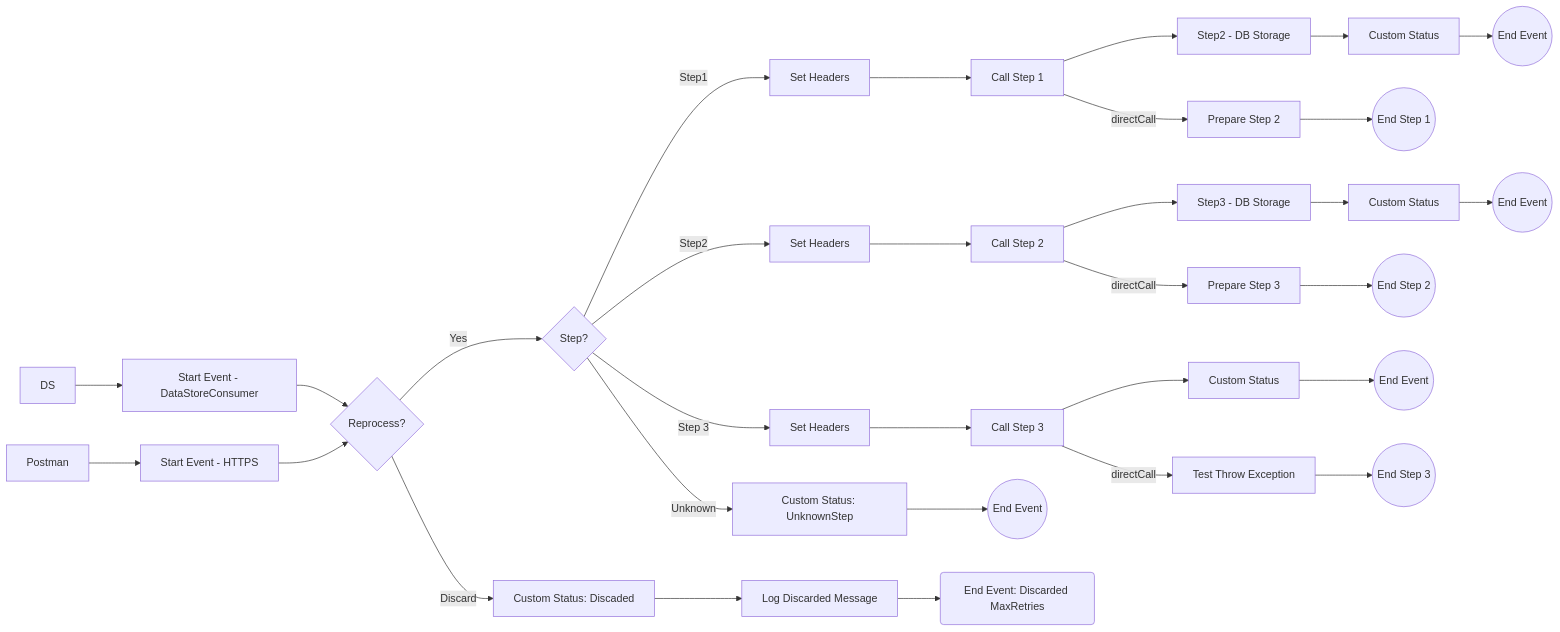
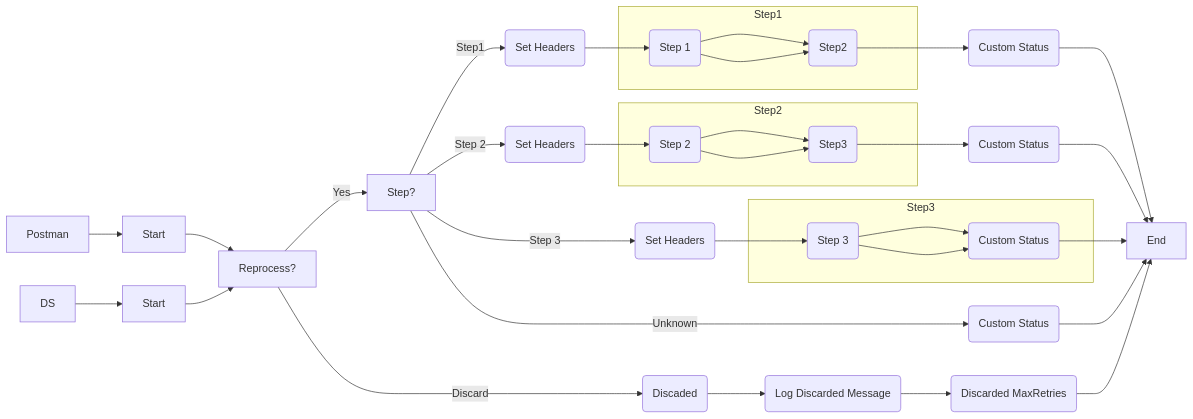
Before and after one commit to Avvale-IA-CICD/AvvaleCPI: the diagram in MMZ - Cell Iflows/SEDA_Model_-_Single_DS_-_Restart_and_Discard_MMZ-1.0.1/readme.md, drawn with Mermaid. The commit also changed other lines of this file, not shown here.

Commit message:
Add/update documentation for SEDA_Model_-_Single_DS_-_Restart_and_Discard_MMZ v1.0.1

````diff
--- a/MMZ - Cell Iflows/SEDA_Model_-_Single_DS_-_Restart_and_Discard_MMZ-1.0.1/readme.md
+++ b/MMZ - Cell Iflows/SEDA_Model_-_Single_DS_-_Restart_and_Discard_MMZ-1.0.1/readme.md
@@ -5,33 +4,37 @@
 ```mermaid
 graph LR
-    Postman-->HTTPS[Start Event - HTTPS]
-    DS-->DataStoreConsumer[Start Event - DataStoreConsumer]
-    DataStoreConsumer-->Reprocess{Reprocess?}
-    HTTPS-->Reprocess
-    Reprocess--Yes-->StepGateway{Step?}
-    Reprocess--Discard-->Discarded[Custom Status: Discaded]
-    Discarded-->LogDiscarded[Log Discarded Message]
-    LogDiscarded-->DiscardedEnd(End Event: Discarded MaxRetries)
-    StepGateway--Step1-->SetHeader1[Set Headers]
-    SetHeader1-->Step1Call[Call Step 1]
-    Step1Call-->Step2Storage[Step2 - DB Storage]
-    Step2Storage-->CustomStatus1[Custom Status]
-    CustomStatus1-->End1((End Event))
-    StepGateway--Step2-->SetHeader2[Set Headers]
-    SetHeader2-->Step2Call[Call Step 2]
-    Step2Call-->Step3Storage[Step3 - DB Storage]
-    Step3Storage-->CustomStatus2[Custom Status]
-    CustomStatus2-->End2((End Event))
-    StepGateway--Step 3-->SetHeader3[Set Headers]
-    SetHeader3-->Step3Call[Call Step 3]
-    Step3Call-->CustomStatus3[Custom Status]
-    CustomStatus3-->End3((End Event))
-    StepGateway--Unknown-->UnknownStep[Custom Status: UnknownStep]
-    UnknownStep-->EndUnknown((End Event))
-    Step1Call--directCall-->PrepareStep2[Prepare Step 2]
-    PrepareStep2-->EndStep1((End Step 1))
-    Step2Call--directCall-->PrepareStep3[Prepare Step 3]
-    PrepareStep3-->EndStep2((End Step 2))
-    Step3Call--directCall-->TestThrowException[Test Throw Exception]
-    TestThrowException-->EndStep3((End Step 3))
+    Postman --> HTTPS[Start]
+    DS --> DataStoreConsumer[Start]
+    HTTPS --> A[Reprocess?]
+    DataStoreConsumer --> A
+    A -- Yes --> B[Step?]
+    A -- Discard --> C(Discaded)
+    C --> D(Log Discarded Message)
+    D --> E(Discarded MaxRetries)
+    B -- Step1 --> F(Set Headers)
+    B -- Step 2 --> G(Set Headers)
+    B -- Step 3 --> H(Set Headers)
+    B -- Unknown --> I(Custom Status)
+    I --> End
+    F --> J(Step 1)
+    G --> K(Step 2)
+    H --> L(Step 3)
+    J --> M(Step2)
+    K --> N(Step3)
+    L --> O(Custom Status)
+    M --> P(Custom Status)
+    N --> Q(Custom Status)
+    E --> End
+    O --> End
+    P --> End
+    Q --> End
+    subgraph Step1
+    J --> M
+    end
+    subgraph Step2
+    K --> N
+    end
+    subgraph Step3
+    L --> O
+    end
 ```
````
